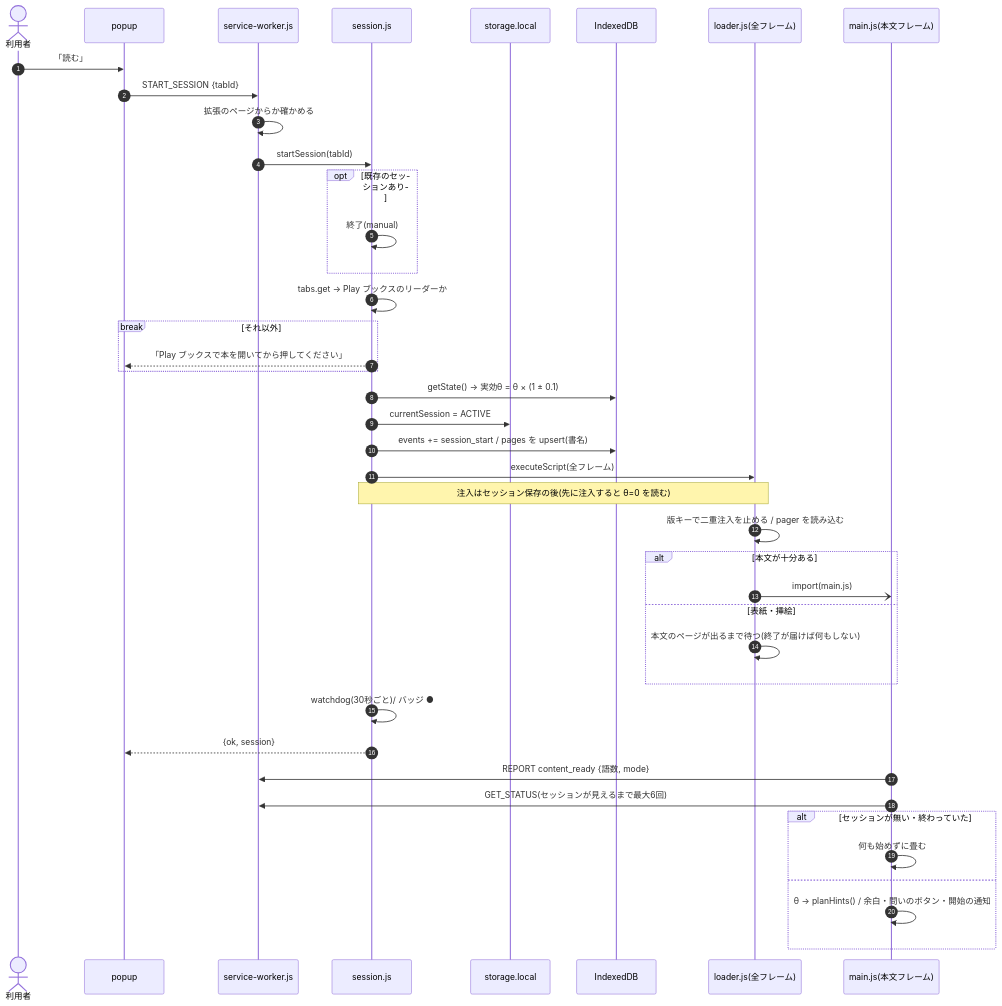
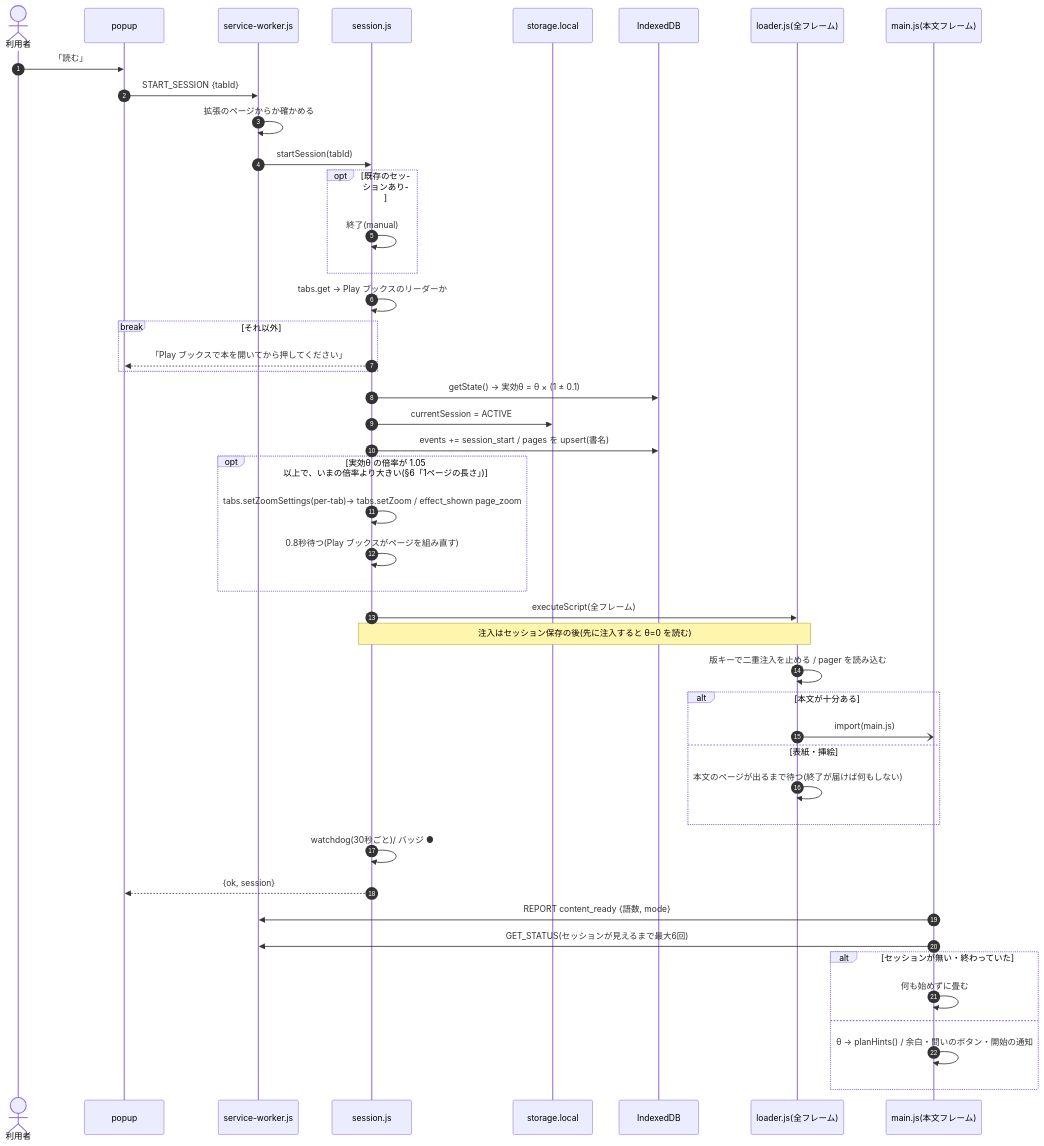
One commit to yukik8/yomirin changed the second of 7 diagrams in docs/design.md. Above: the diagram before and after it, drawn with Mermaid. The commit also changed other lines of this file and 13 other files, not shown here.

````diff
--- a/docs/design.md
+++ b/docs/design.md
@@ -565,45 +585,49 @@
 ```mermaid
 sequenceDiagram
   autonumber
   actor U as 利用者
   participant P as popup
   participant SW as service-worker.js
   participant SE as session.js
   participant LS as storage.local
   participant DB as IndexedDB
   participant L as loader.js(全フレーム)
   participant M as main.js(本文フレーム)
 
   U->>P: 「読む」
   P->>SW: START_SESSION {tabId}
   SW->>SW: 拡張のページからか確かめる
   SW->>SE: startSession(tabId)
   opt 既存のセッションあり
     SE->>SE: 終了(manual)
   end
   SE->>SE: tabs.get → Play ブックスのリーダーか
   break それ以外
     SE-->>P: 「Play ブックスで本を開いてから押してください」
   end
   SE->>DB: getState() → 実効θ = θ × (1 ± 0.1)
   SE->>LS: currentSession = ACTIVE
   SE->>DB: events += session_start / pages を upsert(書名)
+  opt 実効θ の倍率が 1.05 以上で、いまの倍率より大きい(§6「1ページの長さ」)
+    SE->>SE: tabs.setZoomSettings(per-tab)→ tabs.setZoom / effect_shown page_zoom
+    SE->>SE: 0.8秒待つ(Play ブックスがページを組み直す)
+  end
   SE->>L: executeScript(全フレーム)
   Note over SE,L: 注入はセッション保存の後(先に注入すると θ=0 を読む)
   L->>L: 版キーで二重注入を止める / pager を読み込む
   alt 本文が十分ある
     L-)M: import(main.js)
   else 表紙・挿絵
     L->>L: 本文のページが出るまで待つ(終了が届けば何もしない)
   end
   SE->>SE: watchdog(30秒ごと)/ バッジ ●
   SE-->>P: {ok, session}
 
   M->>SW: REPORT content_ready {語数, mode}
   M->>SW: GET_STATUS(セッションが見えるまで最大6回)
   alt セッションが無い・終わっていた
     M->>M: 何も始めずに畳む
   else
     M->>M: θ → planHints() / 余白・問いのボタン・開始の通知
   end
 ```
````
